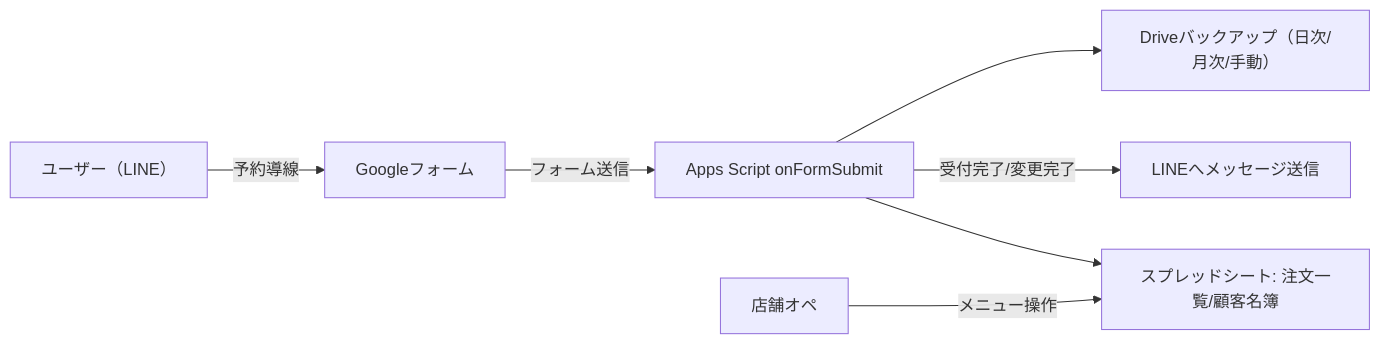
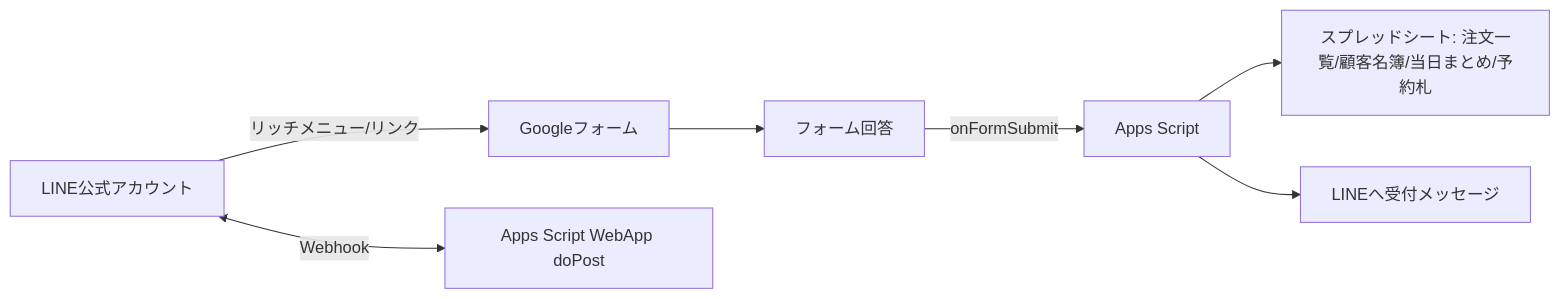
One commit to SAXXXOP/Bento-Takeout-Oder-System changed the diagram in README.md. Above: the diagram before and after it, drawn with Mermaid. The commit also changed other lines of this file, not shown here.

`````diff
--- a/README.md
+++ b/README.md
@@ -39,9 +49,9 @@
 ```mermaid
 flowchart LR
-  U[ユーザー（LINE）] -->|予約導線| F[Googleフォーム]
-  F -->|フォーム送信| GAS[Apps Script onFormSubmit]
-  GAS --> S[スプレッドシート: 注文一覧/顧客名簿]
-  GAS -->|受付完了/変更完了| LINE[LINEへメッセージ送信]
-  OP[店舗オペ] -->|メニュー操作| S
-  GAS --> B[Driveバックアップ（日次/月次/手動）]
+  A[LINE公式アカウント] -->|リッチメニュー/リンク| B[Googleフォーム]
+  B --> C[フォーム回答]
+  C -->|onFormSubmit| D[Apps Script]
+  D --> E[スプレッドシート: 注文一覧/顧客名簿/当日まとめ/予約札]
+  D --> F[LINEへ受付メッセージ]
+  A <-->|Webhook| G[Apps Script WebApp doPost]
 ````
`````
